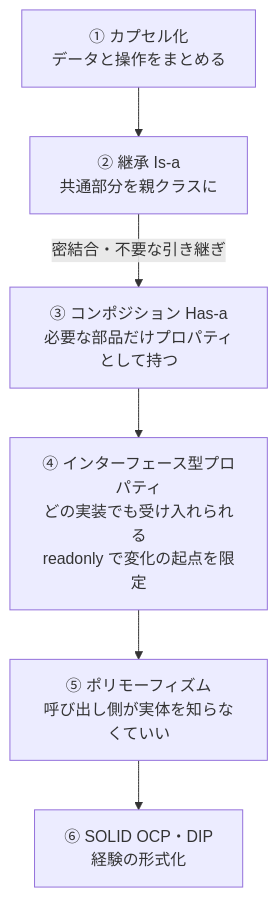
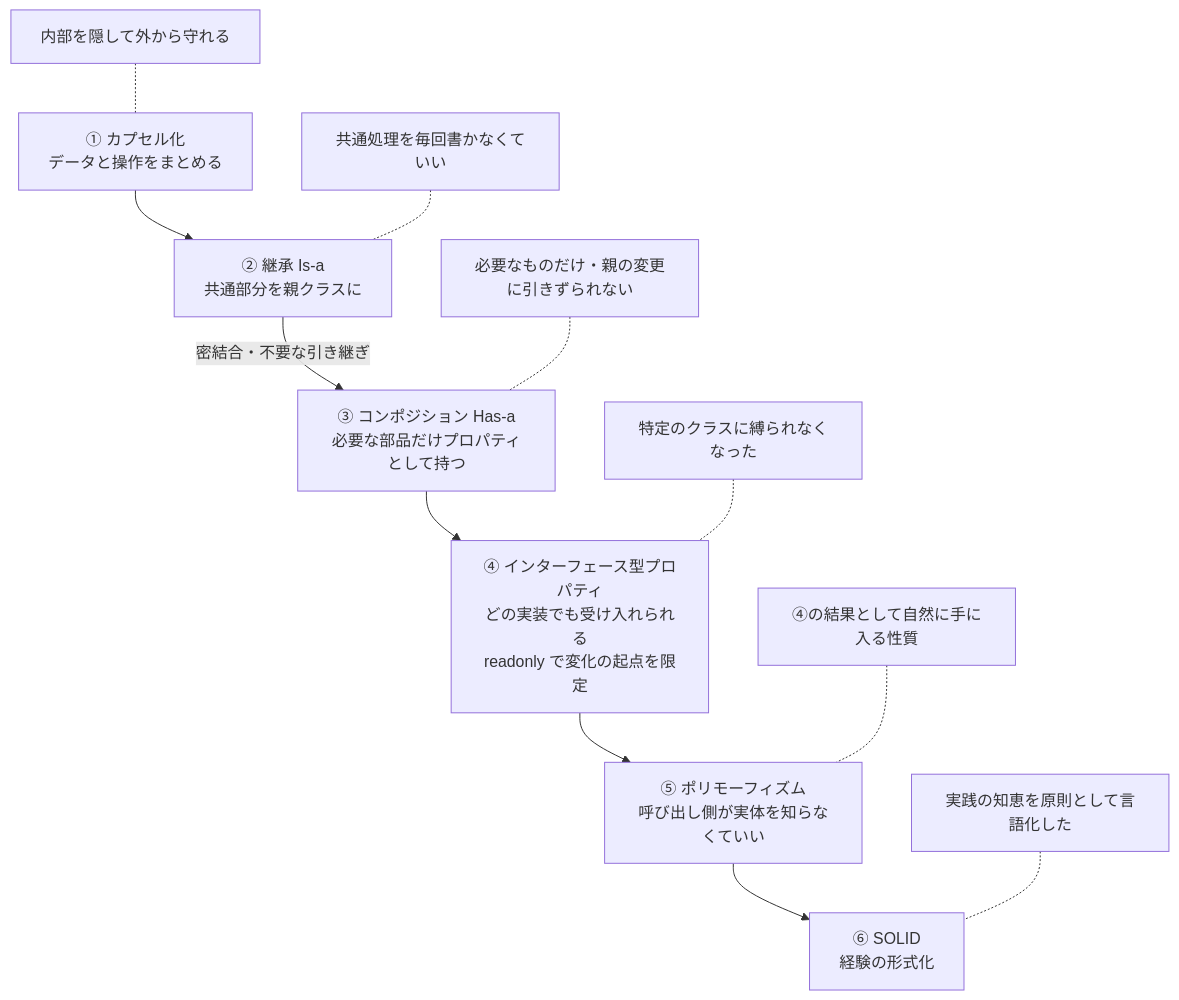
The diagram in map/oop-evolutionary-lineage.md (Bassiy/share_knowledge), drawn with Mermaid before and after one commit.

Commit message:
sync: update from info repo

````diff
--- a/map/oop-evolutionary-lineage.md
+++ b/map/oop-evolutionary-lineage.md
@@ -8,10 +8,17 @@
 ```mermaid
 flowchart TD
     A["① カプセル化\nデータと操作をまとめる"]
     --> B["② 継承 Is-a\n共通部分を親クラスに"]
     B -->|"密結合・不要な引き継ぎ"| C
     C["③ コンポジション Has-a\n必要な部品だけプロパティとして持つ"]
     --> D["④ インターフェース型プロパティ\nどの実装でも受け入れられる\nreadonly で変化の起点を限定"]
     --> E["⑤ ポリモーフィズム\n呼び出し側が実体を知らなくていい"]
-    --> F["⑥ SOLID OCP・DIP\n経験の形式化"]
+    --> F["⑥ SOLID\n経験の形式化"]
+
+    AN["内部を隠して外から守れる"] -.- A
+    BN["共通処理を毎回書かなくていい"] -.- B
+    CN["必要なものだけ・親の変更に引きずられない"] -.- C
+    DN["特定のクラスに縛られなくなった"] -.- D
+    EN["④の結果として自然に手に入る性質"] -.- E
+    FN["実践の知恵を原則として言語化した"] -.- F
 ```
````
